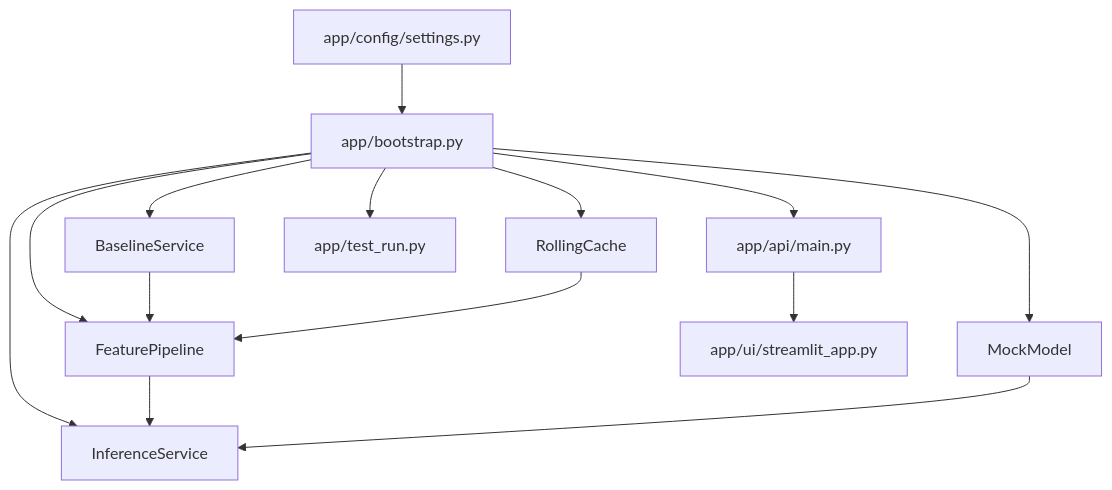
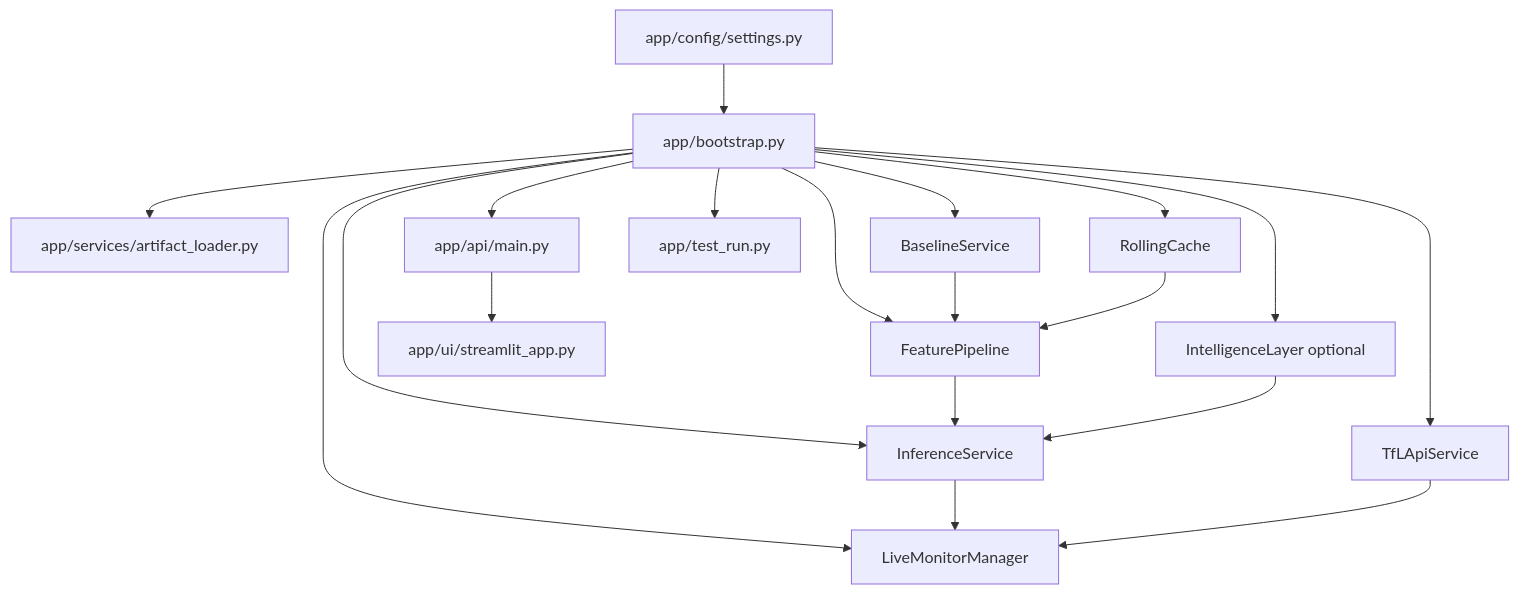
One commit to itsMayankVashistha/delaysense-transit-intelligence changed the second of 2 diagrams in docs/file_dependency_map.md. Above: the diagram before and after it, drawn with Mermaid. The commit also changed other lines of this file, not shown here.

````diff
--- a/docs/file_dependency_map.md
+++ b/docs/file_dependency_map.md
@@ -112,16 +117,21 @@
 ```mermaid
 flowchart TD
     S[app/config/settings.py] --> B[app/bootstrap.py]
+    B --> L[app/services/artifact_loader.py]
     B --> B1[BaselineService]
     B --> B2[RollingCache]
     B --> B3[FeaturePipeline]
-    B --> B4[MockModel]
-    B --> B5[InferenceService]
+    B --> B4[InferenceService]
+    B --> B5[TfLApiService]
+    B --> B6[LiveMonitorManager]
+    B --> B7[IntelligenceLayer optional]
     B1 --> B3
     B2 --> B3
-    B3 --> B5
-    B4 --> B5
+    B3 --> B4
+    B7 --> B4
+    B4 --> B6
+    B5 --> B6
     B --> API[app/api/main.py]
     B --> TEST[app/test_run.py]
     API --> UI[app/ui/streamlit_app.py]
 ```
````
